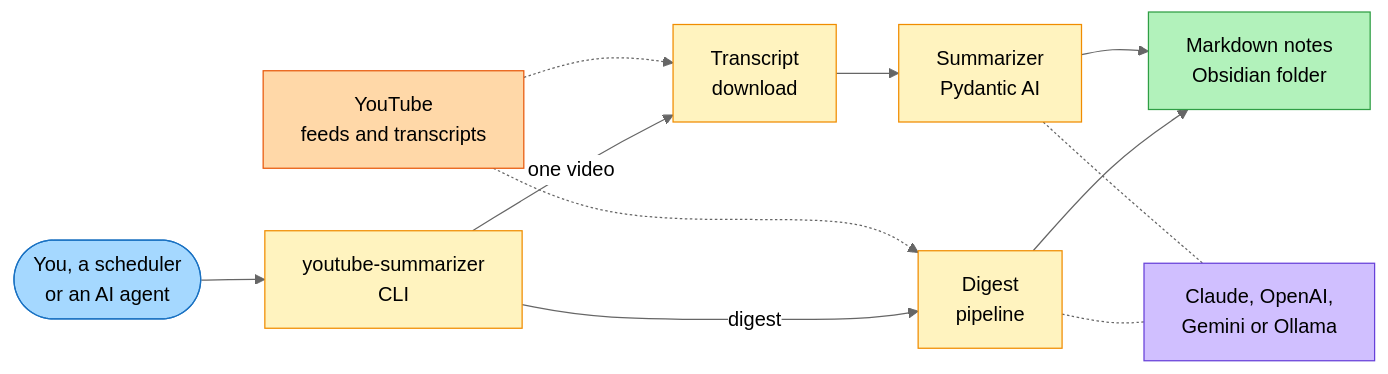
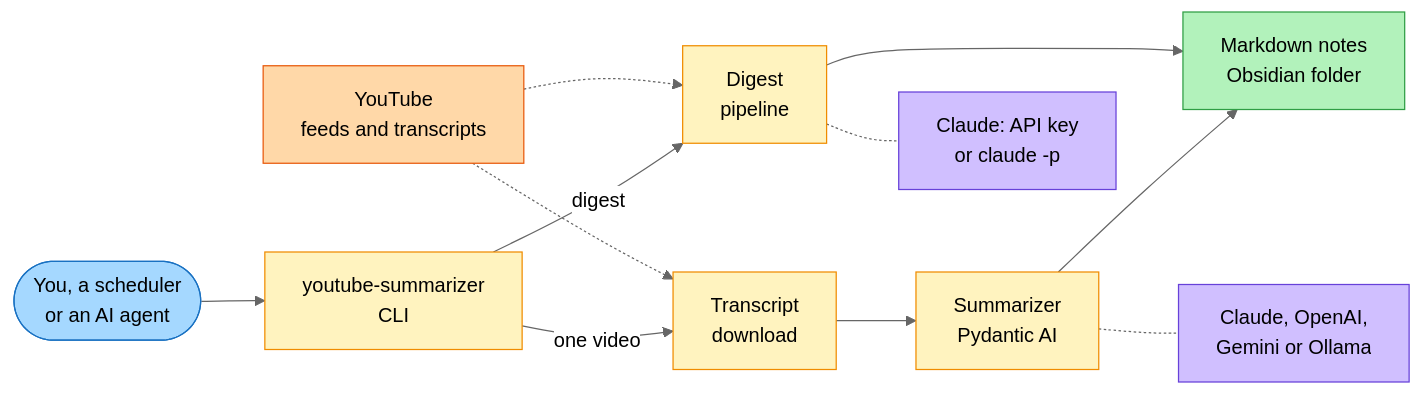
Before and after one commit to alexisgourdol/ytsum: the diagram in docs/architecture/technical.mmd, drawn with Mermaid (neutral theme). The commit also changed 5 other files, not shown here.

Commit message:
docs: diagrams show the digest is Claude-only, the single-video path multi-provider (SCP-157)

```diff
--- a/docs/architecture/technical.mmd
+++ b/docs/architecture/technical.mmd
@@ -1,21 +1,21 @@
 flowchart LR
   U([You, a scheduler<br/>or an AI agent]) --> CLI[youtube-summarizer<br/>CLI]
+  CLI -->|one video| DL[Transcript<br/>download]
+  CLI -->|digest| DG[Digest<br/>pipeline]
   YT[YouTube<br/>feeds and transcripts] -.-> DL
   YT -.-> DG
-  CLI -->|one video| DL[Transcript<br/>download]
-  CLI -->|digest| DG[Digest<br/>pipeline]
   DL --> SUM[Summarizer<br/>Pydantic AI]
   SUM --> NOTE[Markdown notes<br/>Obsidian folder]
   DG --> NOTE
   SUM -.- LLM[Claude, OpenAI,<br/>Gemini or Ollama]
-  DG -.- LLM
+  DG -.- CL[Claude: API key<br/>or claude -p]
   classDef you fill:#a5d8ff,stroke:#1971c2
   classDef code fill:#fff3bf,stroke:#f08c00
   classDef ext fill:#ffd8a8,stroke:#e8590c
   classDef ai fill:#d0bfff,stroke:#6741d9
   classDef out fill:#b2f2bb,stroke:#2f9e44
   class U you
   class CLI,DL,DG,SUM code
   class YT ext
-  class LLM ai
+  class LLM,CL ai
   class NOTE out
```
